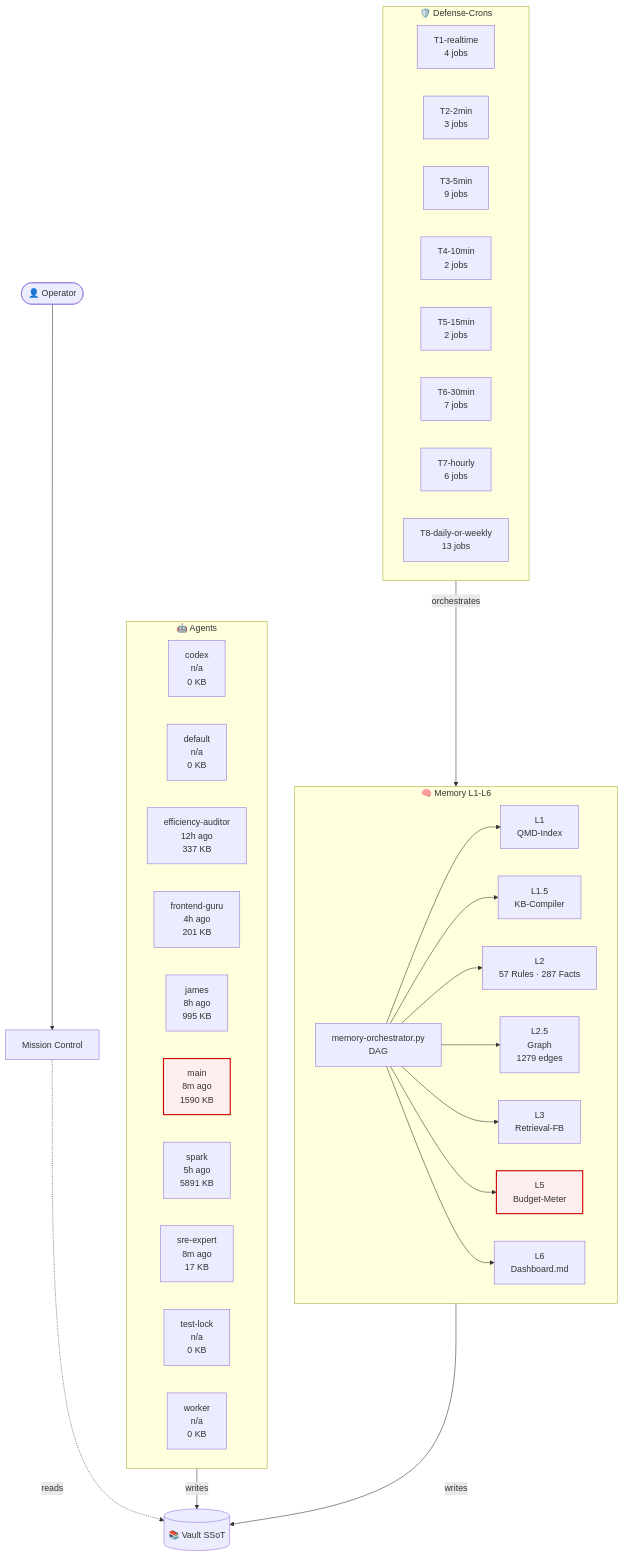
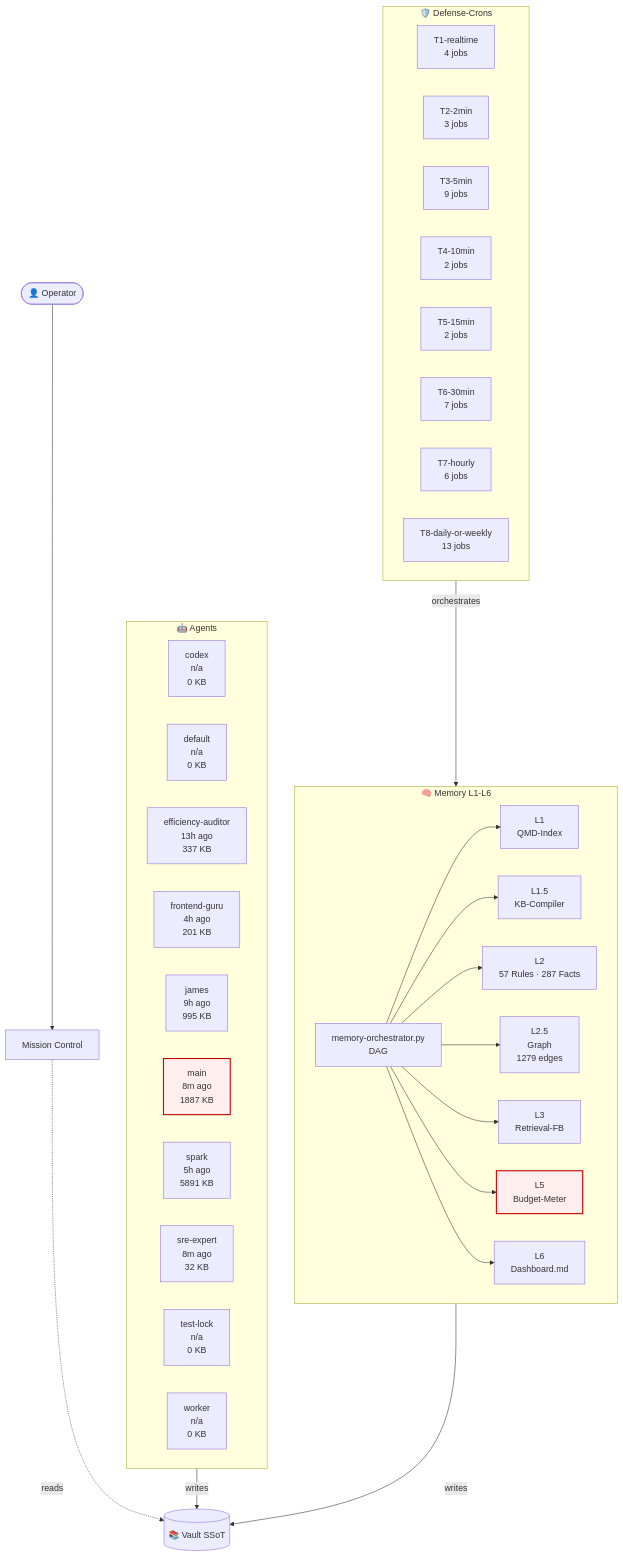
One commit to lenardhuebner88-rgb/openclaw-memory changed the diagram in 03-Agents/architecture-live.md. Above: the diagram before and after it, drawn with Mermaid. The commit also changed other lines of this file and 2 other files, not shown here.

````diff
--- a/03-Agents/architecture-live.md
+++ b/03-Agents/architecture-live.md
@@ -18,53 +18,53 @@
 ```mermaid
 flowchart TB
     classDef critical fill:#fee,stroke:#c00,stroke-width:2px;
     subgraph AGT["🤖 Agents"]
         agent_codex["codex<br/>n/a<br/>0 KB"]
         agent_default["default<br/>n/a<br/>0 KB"]
-        agent_efficiency_auditor["efficiency-auditor<br/>12h ago<br/>337 KB"]
+        agent_efficiency_auditor["efficiency-auditor<br/>13h ago<br/>337 KB"]
         agent_frontend_guru["frontend-guru<br/>4h ago<br/>201 KB"]
-        agent_james["james<br/>8h ago<br/>995 KB"]
-        agent_main["main<br/>8m ago<br/>1590 KB"]
+        agent_james["james<br/>9h ago<br/>995 KB"]
+        agent_main["main<br/>8m ago<br/>1887 KB"]
         agent_spark["spark<br/>5h ago<br/>5891 KB"]
-        agent_sre_expert["sre-expert<br/>8m ago<br/>17 KB"]
+        agent_sre_expert["sre-expert<br/>8m ago<br/>32 KB"]
         agent_test_lock["test-lock<br/>n/a<br/>0 KB"]
         agent_worker["worker<br/>n/a<br/>0 KB"]
     end
     subgraph MEM["🧠 Memory L1-L6"]
         L1["L1<br/>QMD-Index"]
         L15["L1.5<br/>KB-Compiler"]
         L2["L2<br/>57 Rules · 287 Facts"]
         L25["L2.5<br/>Graph<br/>1279 edges"]
         L3["L3<br/>Retrieval-FB"]
         L5["L5<br/>Budget-Meter"]
         L6["L6<br/>Dashboard.md"]
         ORCH["memory-orchestrator.py<br/>DAG"]
     end
     subgraph CRN["🛡️ Defense-Crons"]
         tier_T1_realtime["T1-realtime<br/>4 jobs"]
         tier_T2_2min["T2-2min<br/>3 jobs"]
         tier_T3_5min["T3-5min<br/>9 jobs"]
         tier_T4_10min["T4-10min<br/>2 jobs"]
         tier_T5_15min["T5-15min<br/>2 jobs"]
         tier_T6_30min["T6-30min<br/>7 jobs"]
         tier_T7_hourly["T7-hourly<br/>6 jobs"]
         tier_T8_daily_or_weekly["T8-daily-or-weekly<br/>13 jobs"]
     end
     VAULT[("📚 Vault SSoT")]
     OP([👤 Operator])
     MC["Mission Control"]
     OP --> MC
     MC -.reads.-> VAULT
     AGT -->|writes| VAULT
     MEM -->|writes| VAULT
     ORCH --> L1
     ORCH --> L15
     ORCH --> L2
     ORCH --> L25
     ORCH --> L3
     ORCH --> L5
     ORCH --> L6
     CRN -->|orchestrates| MEM
     class L5 critical
     class agent_main critical
 ```
````
